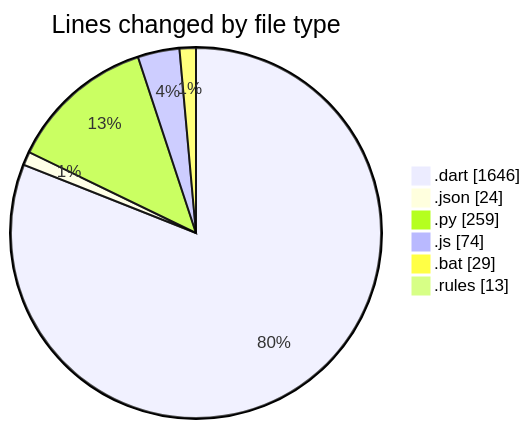
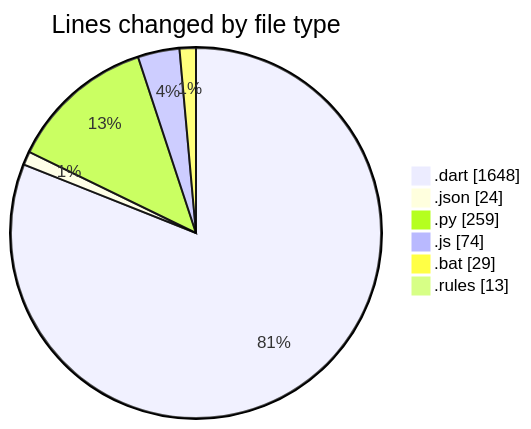
One commit to lephambinh05/code-tracking changed the first of 2 diagrams in 2025-08-04/studybuddy/README.md. Above: the diagram before and after it, drawn with Mermaid. The commit also changed other lines of this file and 1 other file, not shown here.

````diff
--- a/2025-08-04/studybuddy/README.md
+++ b/2025-08-04/studybuddy/README.md
@@ -42,10 +42,10 @@
 ```mermaid
 pie showData
 title Lines changed by file type
-".dart" : 1646
+".dart" : 1648
 ".json" : 24
 ".py" : 259
 ".js" : 74
 ".bat" : 29
 ".rules" : 13
 ```
````
